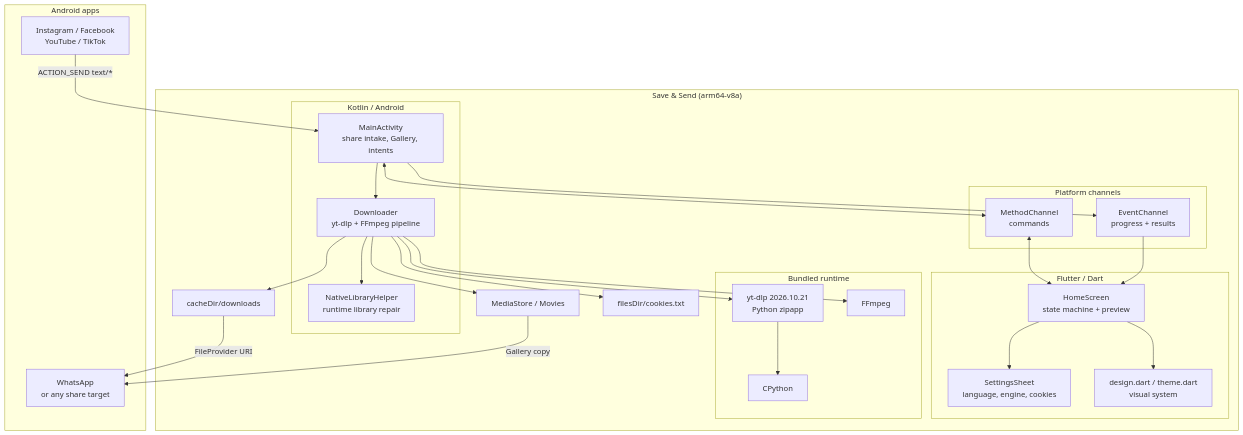
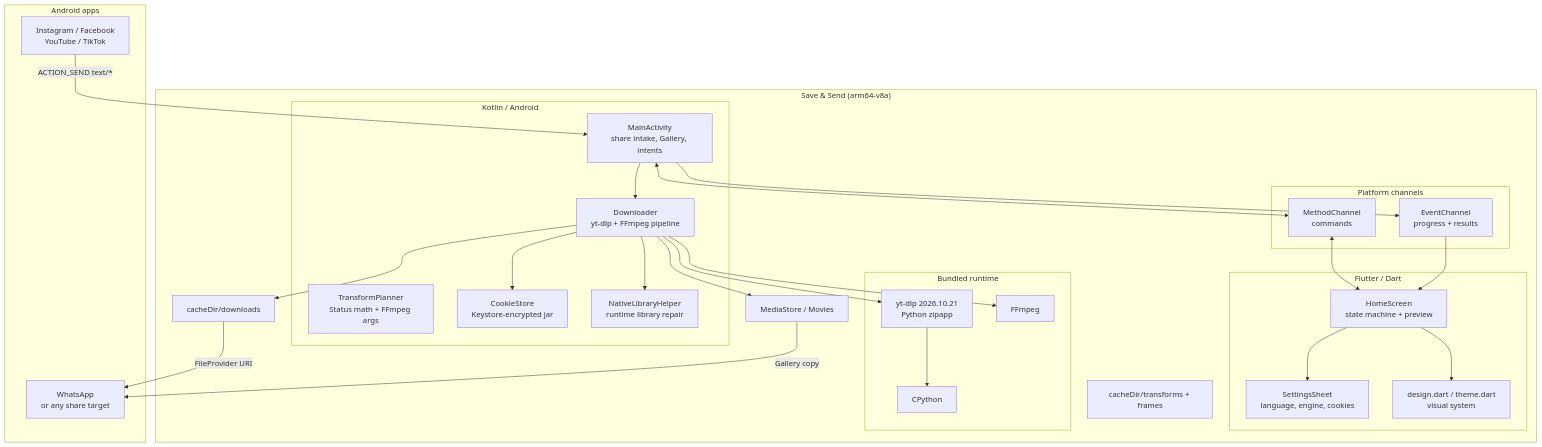
Before and after one commit to AdilSiddiquiHQ/save-and-send: the first of 2 diagrams in docs/ARCHITECTURE.md, drawn with Mermaid. The commit also changed other lines of this file and 45 other files, not shown here.

````diff
--- a/docs/ARCHITECTURE.md
+++ b/docs/ARCHITECTURE.md
@@ -9,54 +9,56 @@
 ```mermaid
 flowchart TB
     subgraph Android["Android apps"]
         Source["Instagram / Facebook<br/>YouTube / TikTok"]
         WhatsApp["WhatsApp<br/>or any share target"]
     end
 
     subgraph App["Save & Send (arm64-v8a)"]
         subgraph UI["Flutter / Dart"]
             Home["HomeScreen<br/>state machine + preview"]
             Settings["SettingsSheet<br/>language, engine, cookies"]
             Design["design.dart / theme.dart<br/>visual system"]
         end
 
         subgraph Bridge["Platform channels"]
             Methods["MethodChannel<br/>commands"]
             Events["EventChannel<br/>progress + results"]
         end
 
         subgraph Native["Kotlin / Android"]
             Activity["MainActivity<br/>share intake, Gallery, intents"]
             Downloader["Downloader<br/>yt-dlp + FFmpeg pipeline"]
+            Planner["TransformPlanner<br/>Status math + FFmpeg args"]
+            Cookies["CookieStore<br/>Keystore-encrypted jar"]
             Fixer["NativeLibraryHelper<br/>runtime library repair"]
         end
 
         subgraph Runtime["Bundled runtime"]
             YTDLP["yt-dlp 2026.10.21<br/>Python zipapp"]
             Python["CPython"]
             FFmpeg["FFmpeg"]
         end
 
         MediaStore["MediaStore / Movies"]
         Cache["cacheDir/downloads"]
-        Cookies["filesDir/cookies.txt"]
+        Cache2["cacheDir/transforms + frames"]
     end
 
     Source -->|"ACTION_SEND text/*"| Activity
     Activity <--> Methods
     Activity --> Events
     Methods <--> Home
     Events --> Home
     Home --> Settings
     Home --> Design
     Activity --> Downloader
     Downloader --> YTDLP
     YTDLP --> Python
     Downloader --> FFmpeg
     Downloader --> Fixer
     Downloader --> Cache
     Downloader --> MediaStore
     Downloader --> Cookies
     Cache -->|"FileProvider URI"| WhatsApp
     MediaStore -->|"Gallery copy"| WhatsApp
 ```
````
